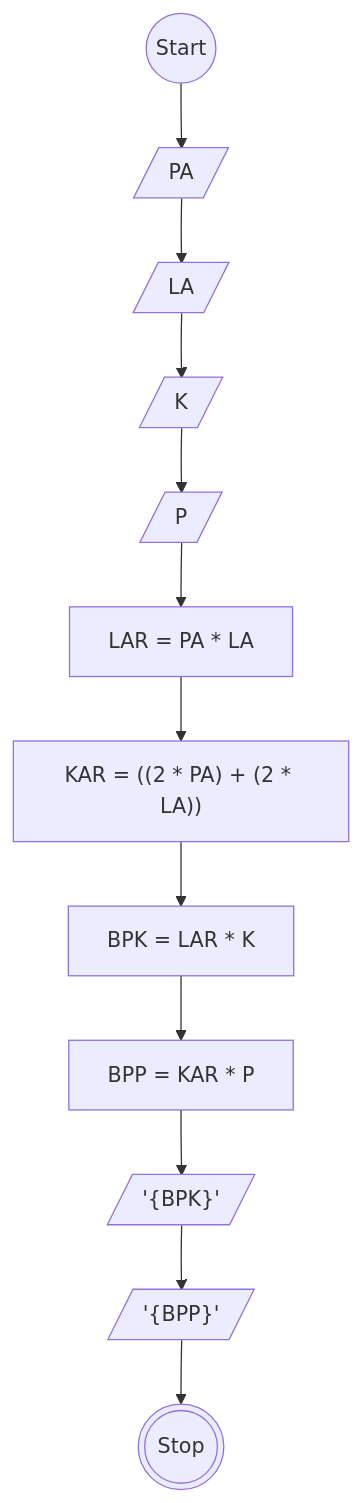
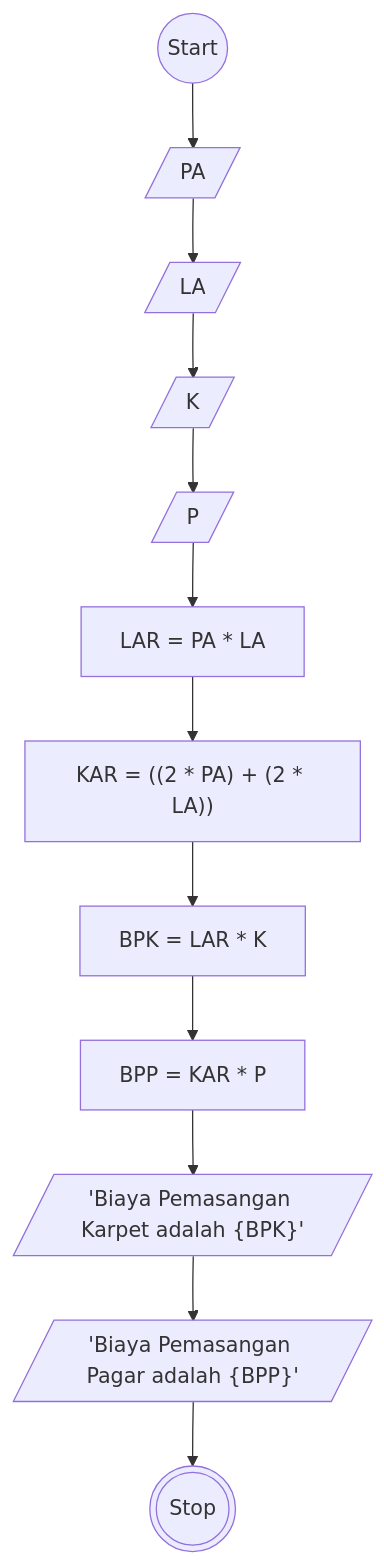
Before and after one commit to almarufh/Koda-B8-Algoritma: the diagram in readme.md, drawn with Mermaid. The commit also changed other lines of this file, not shown here.

````diff
--- a/readme.md
+++ b/readme.md
@@ -21,19 +21,19 @@
 ```mermaid
 flowchart TD
 
 A@{ shape: circle, label: Start}
 B@{ shape: lean-r, label: PA }
 C@{ shape: lean-r, label: LA }
 D@{ shape: lean-r, label: K }
 E@{ shape: lean-r, label: P }
 F@{ shape: rect, label: "LAR = PA * LA" }
 G@{ shape: rect, label: "KAR = ((2 * PA) + (2 * LA))" }
 H@{ shape: rect, label: "BPK = LAR * K" }
 I@{ shape: rect, label: "BPP = KAR * P" }
-J@{ shape: lean-r, label: "'{BPK}'"}
-K@{ shape: lean-r, label: "'{BPP}'"}
+J@{ shape: lean-r, label: "'Biaya Pemasangan Karpet adalah {BPK}'"}
+K@{ shape: lean-r, label: "'Biaya Pemasangan Pagar adalah {BPP}'"}
 L@{ shape: dbl-circ, label: Stop}
 
 A --> B --> C --> D --> E --> F --> G --> H --> I --> J --> K --> L
 
 ```
````
